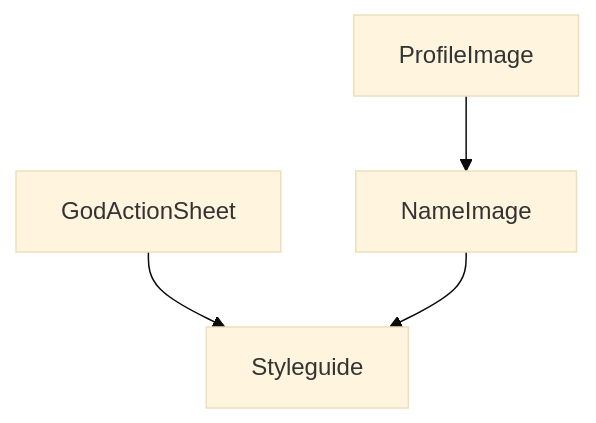
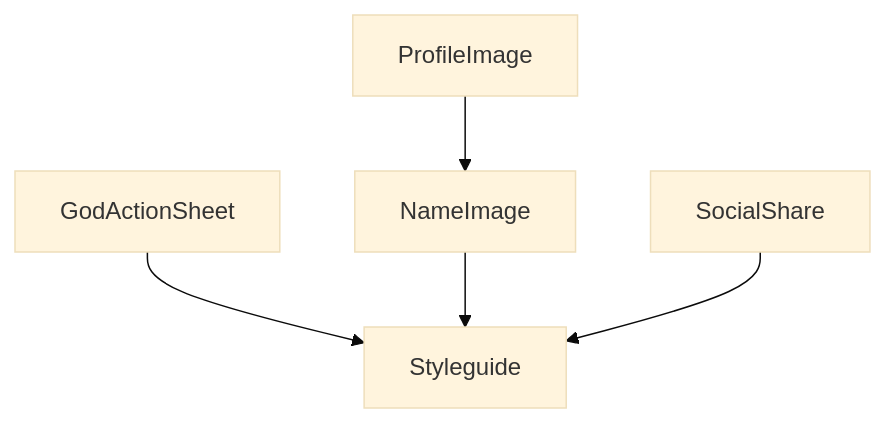
One commit to 0x1-company/god-ios changed the diagram in Packages/UIComponentPackage/README.md. Above: the diagram before and after it, drawn with Mermaid (base theme).

Commit message:
chore: 🤖 dgraph

````diff
--- a/Packages/UIComponentPackage/README.md
+++ b/Packages/UIComponentPackage/README.md
@@ -6,6 +6,7 @@
 ```mermaid
 graph TD;
     GodActionSheet-->Styleguide;
     NameImage-->Styleguide;
     ProfileImage-->NameImage;
+    SocialShare-->Styleguide;
 ```
````
